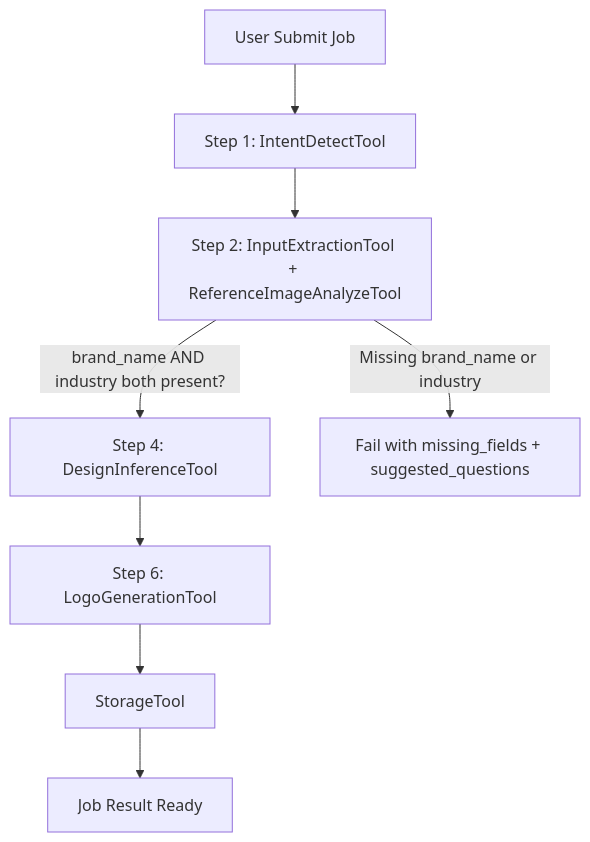
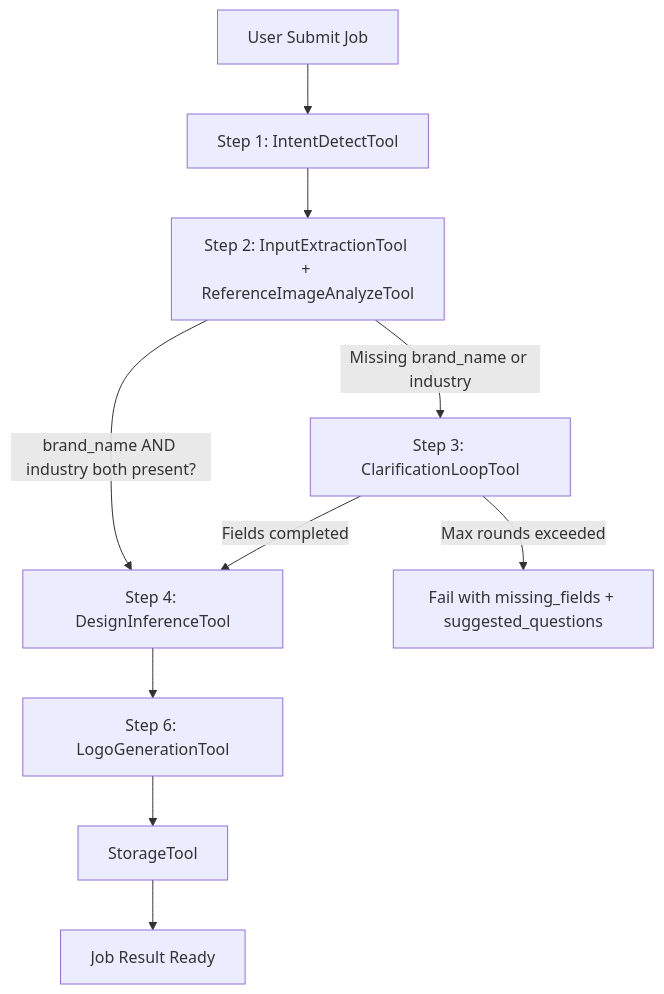
One commit to Ne4nf/Agent-Memory changed the first of 3 diagrams in tech.md. Above: the diagram before and after it, drawn with Mermaid. The commit also changed other lines of this file, not shown here.

Commit message:
Refactor clarification handling in workflow diagram

````diff
--- a/tech.md
+++ b/tech.md
@@ -92,10 +92,12 @@
 ```mermaid
 flowchart TD
   A[User Submit Job] --> B[Step 1: IntentDetectTool]
   B --> C[Step 2: InputExtractionTool + ReferenceImageAnalyzeTool]
   C -->|brand_name AND industry both present?| F[Step 4: DesignInferenceTool]
-  C -->|Missing brand_name or industry| E[Fail with missing_fields + suggested_questions]
+  C -->|Missing brand_name or industry| E[Step 3: ClarificationLoopTool]
+  E -->|Fields completed| F
+  E -->|Max rounds exceeded| J[Fail with missing_fields + suggested_questions]
   F --> G[Step 6: LogoGenerationTool]
   G --> H[StorageTool]
   H --> I[Job Result Ready]
 ```
````
